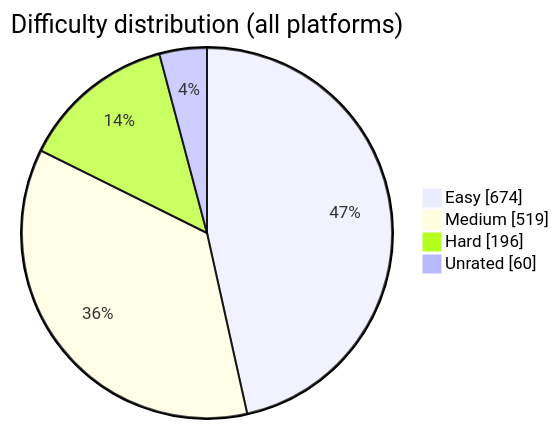
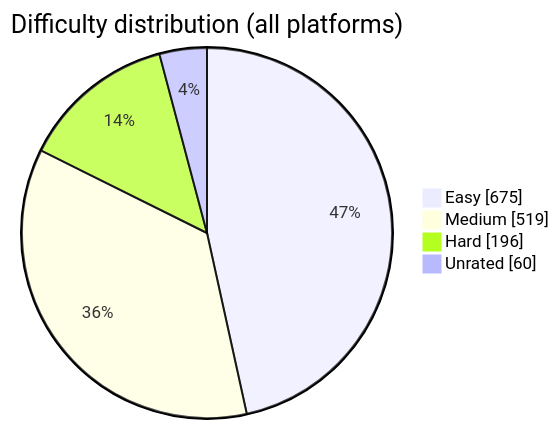
Before and after one commit to BuildbyArindam/Daily-Coding-Log: the diagram in README.md, drawn with Mermaid. The commit also changed other lines of this file, not shown here.

````diff
--- a/README.md
+++ b/README.md
@@ -93,7 +93,7 @@
 ```mermaid
 pie showData title Difficulty distribution (all platforms)
-    "Easy" : 674
+    "Easy" : 675
     "Medium" : 519
     "Hard" : 196
     "Unrated" : 60
 ```
````
